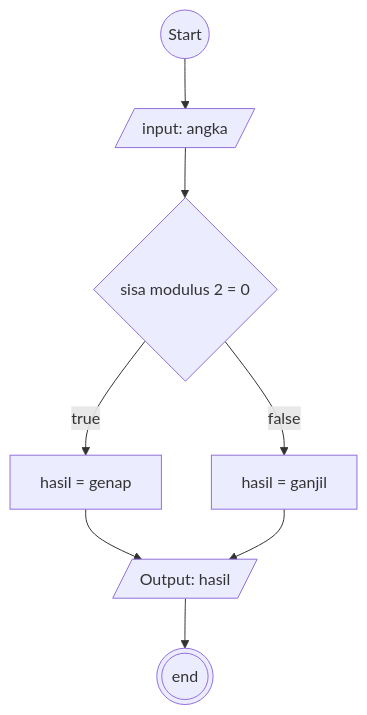
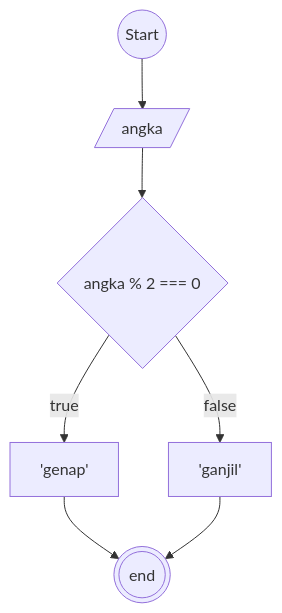
Before and after one commit to fatawaimamalmuftin/koda-b8-Algoritma: the diagram in ganjilGenap.md, drawn with Mermaid.

Commit message:
Algoritma type penulisan : Flowchart
Case: Membuat algoritma menentukan bilangan ganjil atau genap

````diff
--- a/ganjilGenap.md
+++ b/ganjilGenap.md
@@ -15,20 +15,19 @@
 ```mermaid
 flowchart TD
 
 mulai@{shape: circle, label: "Start"}
-angka@{ shape: lean-r, label: "input: angka" }
-modulus@{ shape: diamond, label: "sisa modulus 2 = 0" }
-hasilGn@{ shape: rect, label: "hasil = genap" }
-hasilGj@{ shape: rect, label: "hasil = ganjil"}
-hasil@{ shape: lean-r, label: "Output: hasil"}
+angka@{ shape: lean-r, label: "angka" }
+modulus@{ shape: diamond, label: "angka % 2 === 0" }
+hasilGn@{ shape: rect, label: "'genap'" }
+hasilGj@{ shape: rect, label: "'ganjil'" }
 selesai@{shape: doublecircle, label: "end"}
 
 mulai-->
 angka-->
 modulus--true-->hasilGn
 modulus--false-->hasilGj
-hasilGn-->hasil
-hasilGj-->hasil
-hasil-->selesai
+hasilGn-->selesai
+hasilGj-->selesai
+
 
 ```
````
